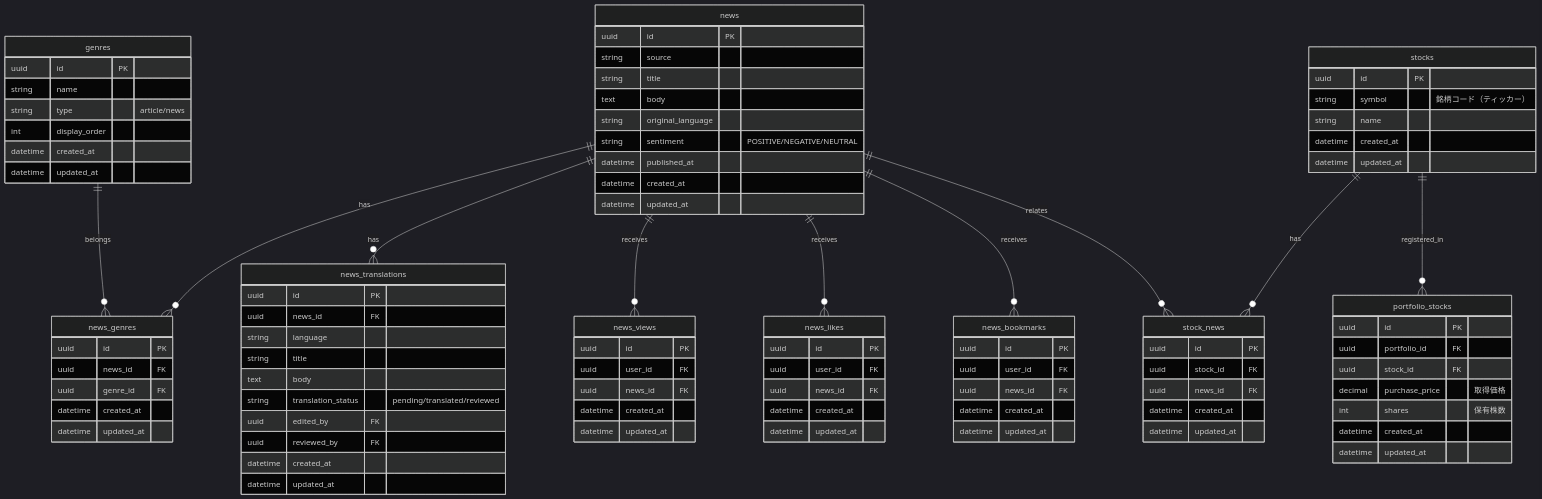
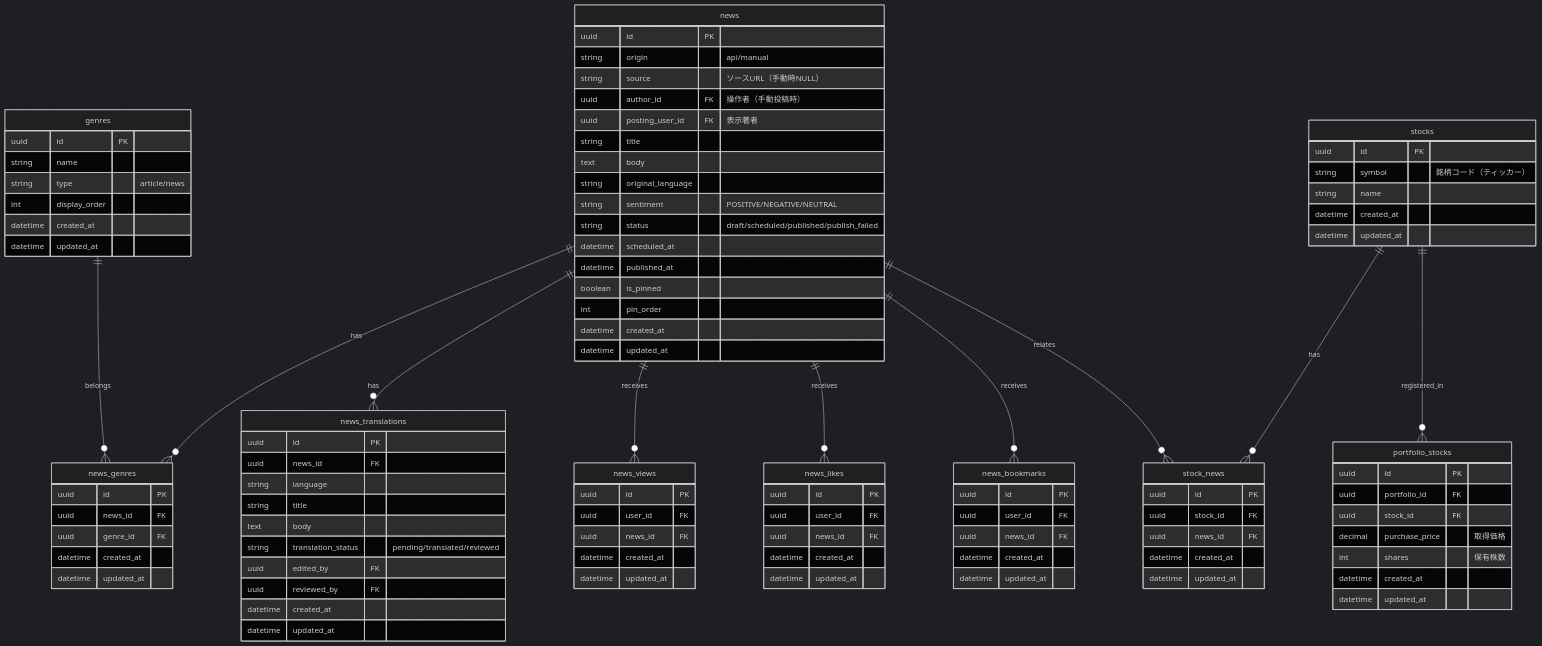
One commit to RRRRRRR-777/SikouLab changed the first of 3 diagrams in docs/functions/news/home.md. Above: the diagram before and after it, drawn with Mermaid (dark theme). The commit also changed other lines of this file and 5 other files, not shown here.

```diff
--- a/docs/functions/news/home.md
+++ b/docs/functions/news/home.md
@@ -76,12 +76,19 @@
 
     news {
         uuid id PK
-        string source
+        string origin "api/manual"
+        string source "ソースURL（手動時NULL）"
+        uuid author_id FK "操作者（手動投稿時）"
+        uuid posting_user_id FK "表示著者"
         string title
         text body
         string original_language
         string sentiment "POSITIVE/NEGATIVE/NEUTRAL"
+        string status "draft/scheduled/published/publish_failed"
+        datetime scheduled_at
         datetime published_at
+        boolean is_pinned
+        int pin_order
         datetime created_at
         datetime updated_at
     }
```
